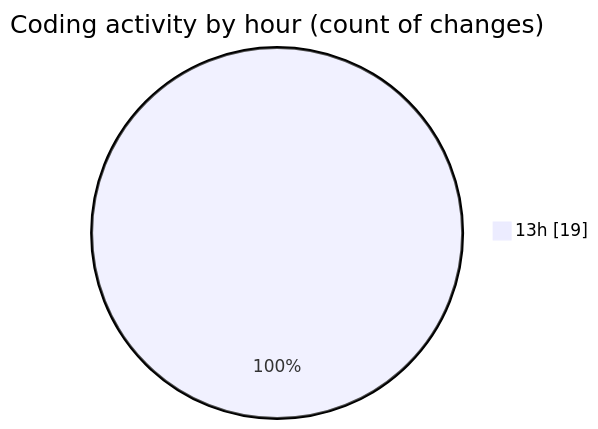
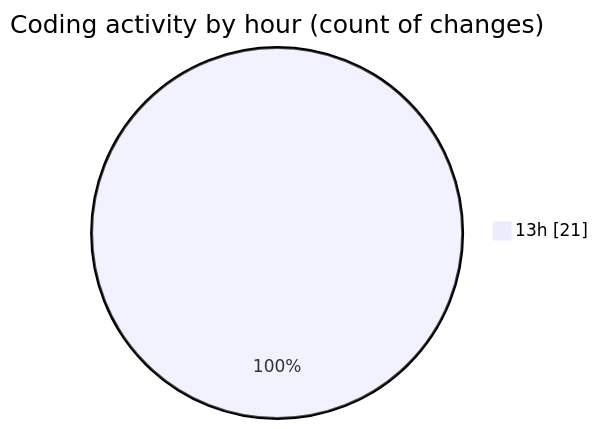
The second of 2 diagrams in 2025-02-24/drivers_app/README.md (donsfak/code-tracking), drawn with Mermaid before and after one commit. The commit also changed other lines of this file and 1 other file, not shown here.

````diff
--- a/2025-02-24/drivers_app/README.md
+++ b/2025-02-24/drivers_app/README.md
@@ -34,5 +34,5 @@
 ```mermaid
 pie showData
 title Coding activity by hour (count of changes)
-"13h" : 19
+"13h" : 21
 ```
````
